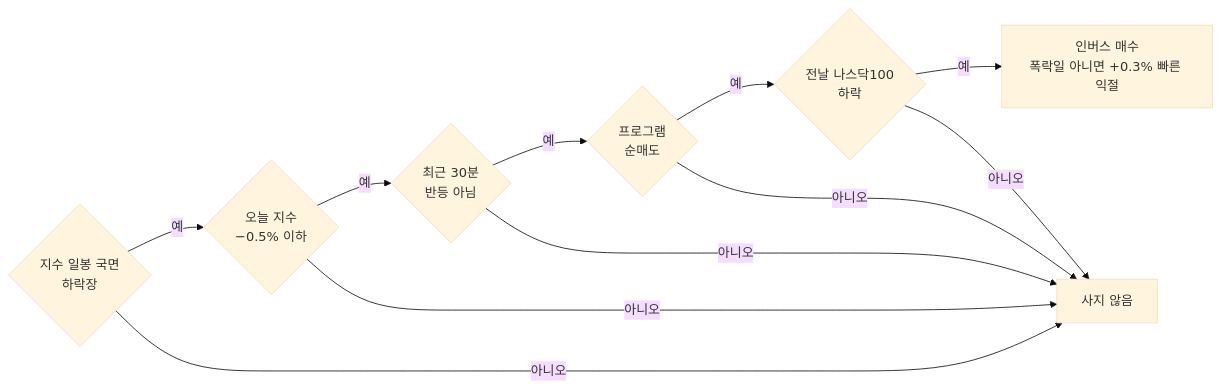
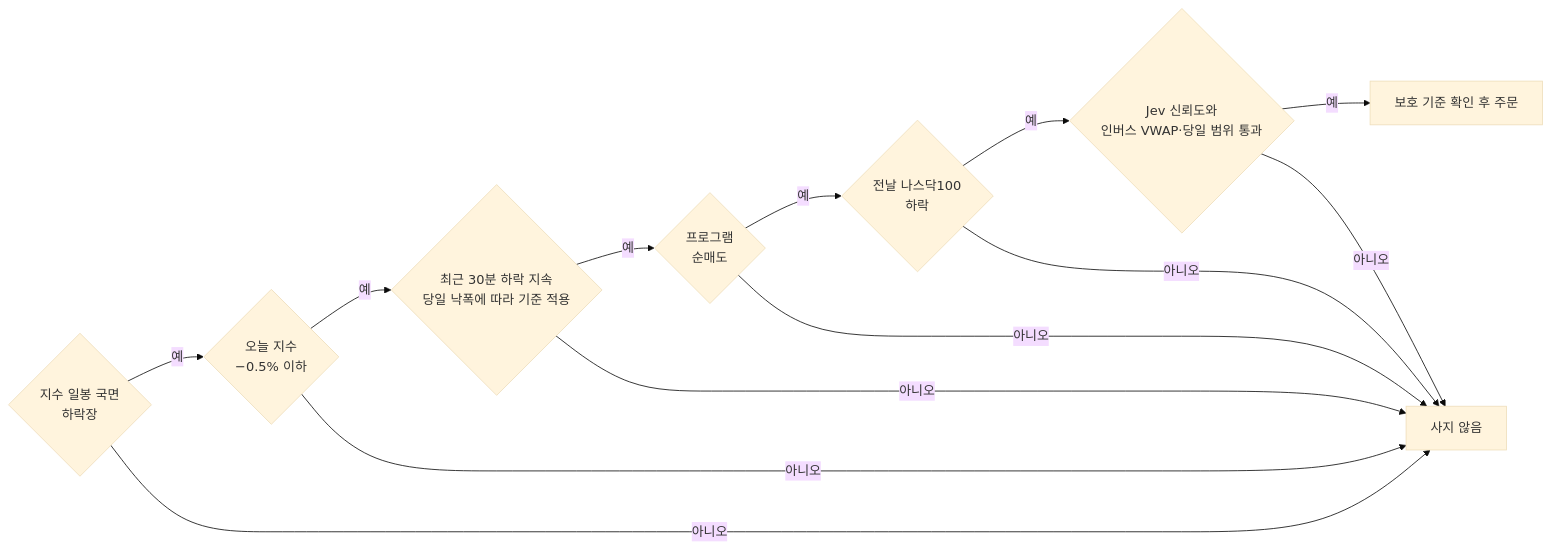
One commit to roadkwonai/omni-ai-trading changed the tenth of 15 diagrams in README.md. Above: the diagram before and after it, drawn with Mermaid (base theme). The commit also changed other lines of this file and 27 other files, not shown here.

````diff
--- a/README.md
+++ b/README.md
@@ -771,13 +790,15 @@
 ```mermaid
 flowchart LR
   a{"지수 일봉 국면<br/>하락장"} -->|예| b{"오늘 지수<br/>−0.5% 이하"}
-  b -->|예| c{"최근 30분<br/>반등 아님"}
+  b -->|예| c{"최근 30분 하락 지속<br/>당일 낙폭에 따라 기준 적용"}
   c -->|예| d{"프로그램<br/>순매도"}
   d -->|예| e{"전날 나스닥100<br/>하락"}
-  e -->|예| buy["인버스 매수<br/>폭락일 아니면 +0.3% 빠른 익절"]
+  e -->|예| f{"Jev 신뢰도와<br/>인버스 VWAP·당일 범위 통과"}
+  f -->|예| buy["보호 기준 확인 후 주문"]
   a -->|아니오| no["사지 않음"]
   b -->|아니오| no
   c -->|아니오| no
   d -->|아니오| no
   e -->|아니오| no
+  f -->|아니오| no
 ```
````
